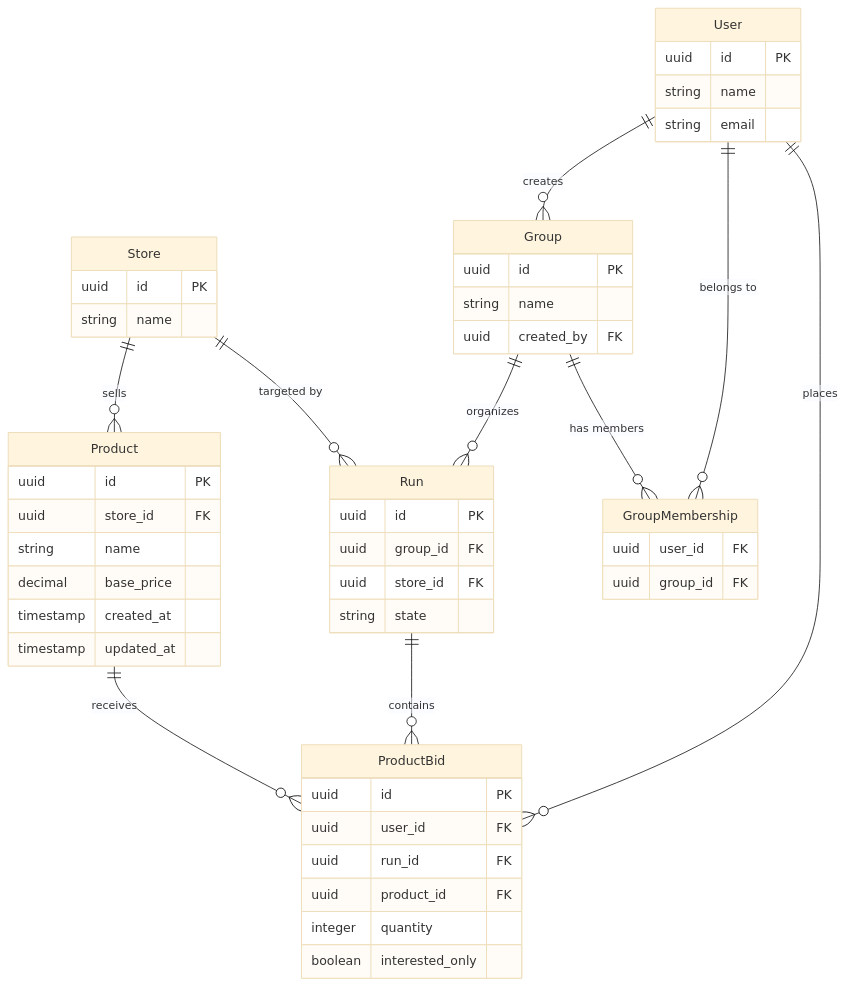
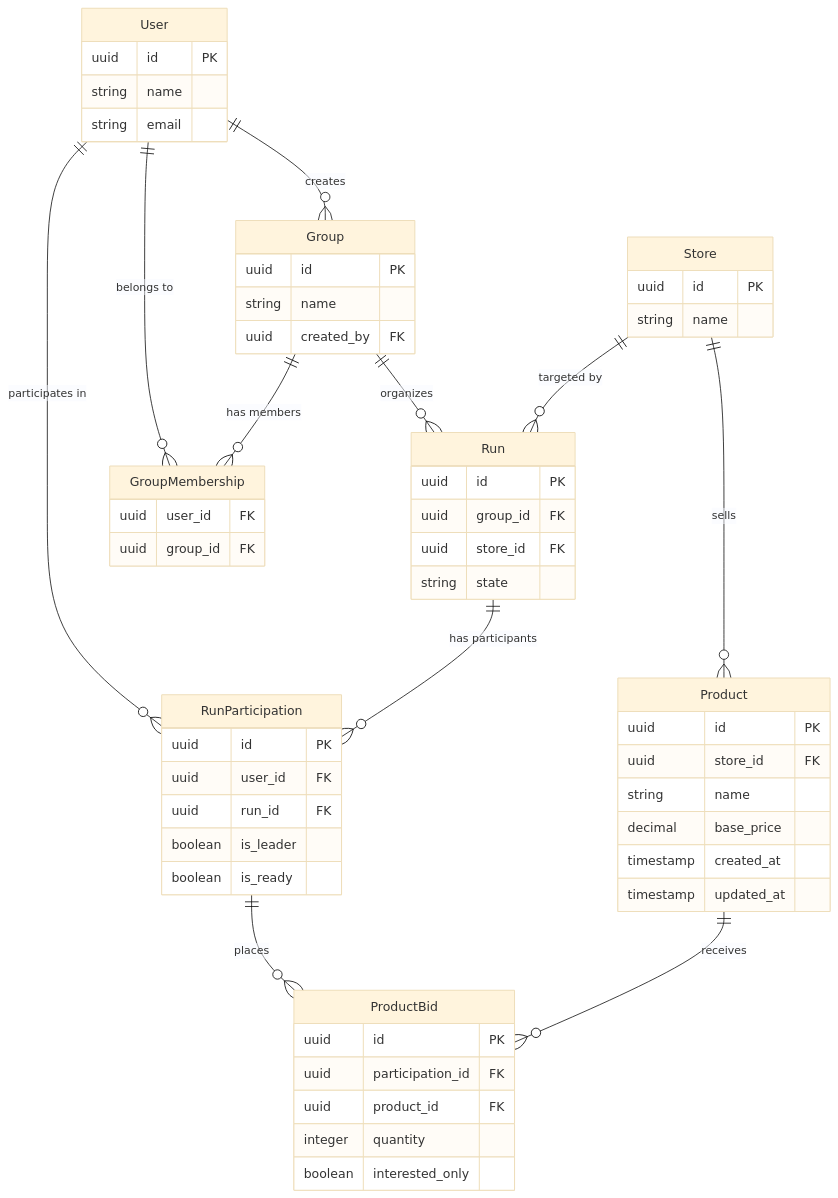
Before and after one commit to nedrrelm/bulq: the diagram in docs/database_schema.md, drawn with Mermaid (base theme). The commit also changed other lines of this file and 2 other files, not shown here.

Commit message:
Add run state progression and RunParticipation entity

````diff
--- a/docs/database_schema.md
+++ b/docs/database_schema.md
@@ -5,59 +5,67 @@
 ```mermaid
 erDiagram
     User {
         uuid id PK
         string name
         string email
     }
     
     Group {
         uuid id PK
         string name
         uuid created_by FK
     }
     
     Run {
         uuid id PK
         uuid group_id FK
         uuid store_id FK
         string state
     }
-    
+
+    RunParticipation {
+        uuid id PK
+        uuid user_id FK
+        uuid run_id FK
+        boolean is_leader
+        boolean is_ready
+    }
+
     Store {
         uuid id PK
         string name
     }
-    
+
     Product {
         uuid id PK
         uuid store_id FK
         string name
         decimal base_price
         timestamp created_at
         timestamp updated_at
     }
-    
+
     ProductBid {
         uuid id PK
-        uuid user_id FK
-        uuid run_id FK
+        uuid participation_id FK
         uuid product_id FK
         integer quantity
         boolean interested_only
     }
     
     GroupMembership {
         uuid user_id FK
         uuid group_id FK
     }
 
     User ||--o{ GroupMembership : "belongs to"
     Group ||--o{ GroupMembership : "has members"
     Group ||--o{ Run : "organizes"
     Store ||--o{ Run : "targeted by"
     Store ||--o{ Product : "sells"
-    User ||--o{ ProductBid : "places"
-    Run ||--o{ ProductBid : "contains"
+    User ||--o{ RunParticipation : "participates in"
+    Run ||--o{ RunParticipation : "has participants"
+    RunParticipation ||--o{ ProductBid : "places"
     Product ||--o{ ProductBid : "receives"
     User ||--o{ Group : "creates"
 ```
````
